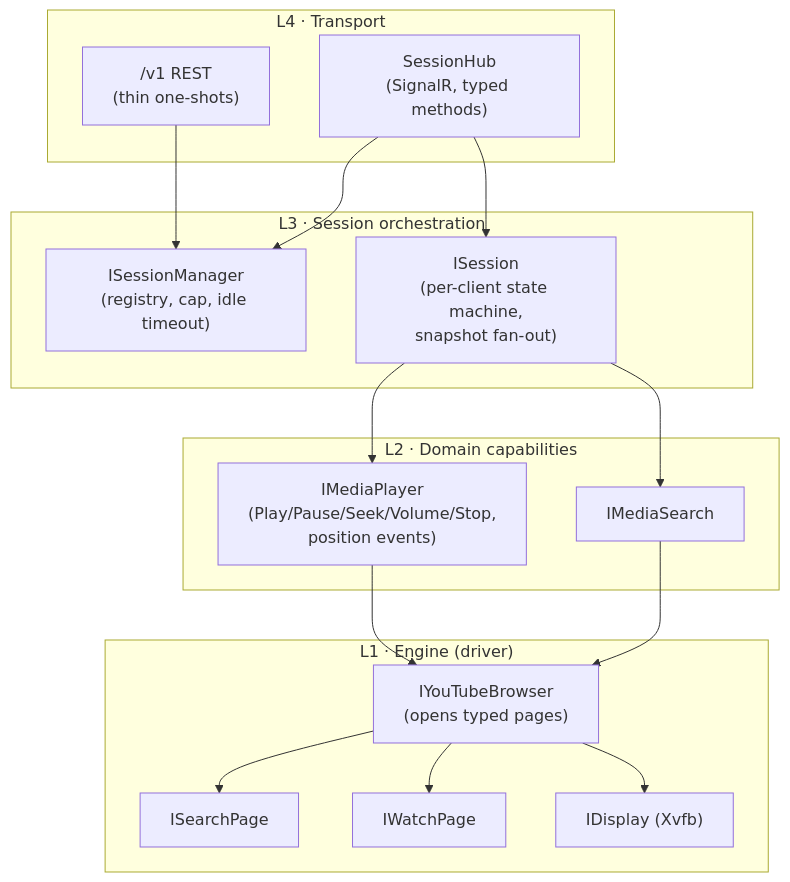
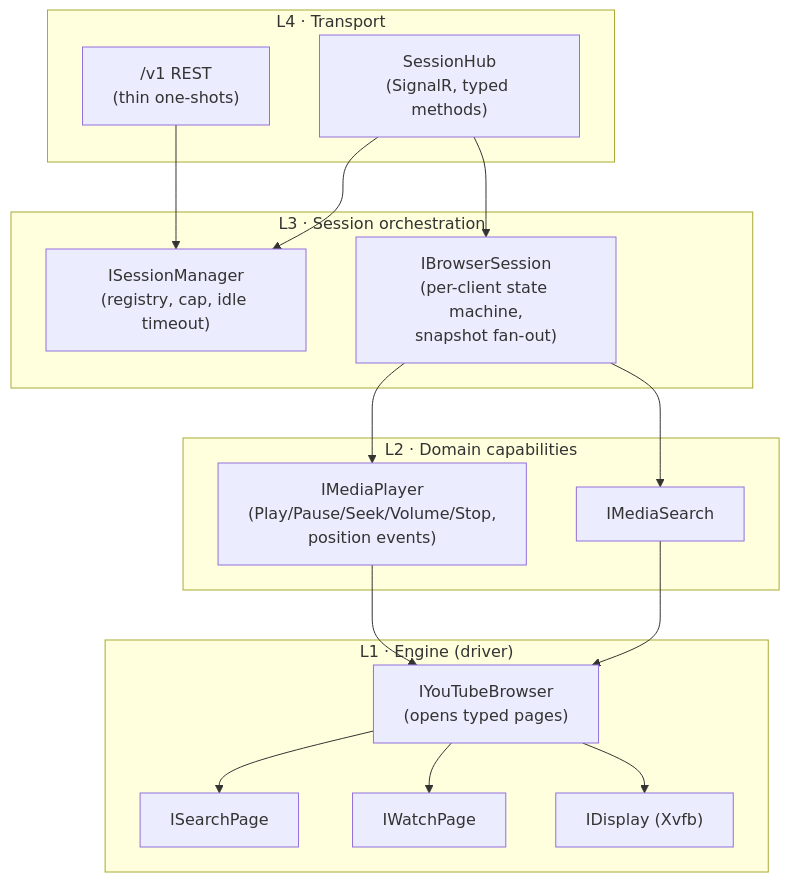
The first of 7 diagrams in doc/server-design.md (Yeti47/BluKube), drawn with Mermaid before and after one commit. The commit also changed other lines of this file and 17 other files, not shown here.

````diff
--- a/doc/server-design.md
+++ b/doc/server-design.md
@@ -18,32 +18,32 @@
 ```mermaid
 flowchart TB
     subgraph L4["L4 · Transport"]
         Hub["SessionHub<br/>(SignalR, typed methods)"]
         Rest["/v1 REST<br/>(thin one-shots)"]
     end
     subgraph L3["L3 · Session orchestration"]
         SM["ISessionManager<br/>(registry, cap, idle timeout)"]
-        Sess["ISession<br/>(per-client state machine,<br/>snapshot fan-out)"]
+        Sess["IBrowserSession<br/>(per-client state machine,<br/>snapshot fan-out)"]
     end
     subgraph L2["L2 · Domain capabilities"]
         Search["IMediaSearch"]
         Player["IMediaPlayer<br/>(Play/Pause/Seek/Volume/Stop,<br/>position events)"]
     end
     subgraph L1["L1 · Engine (driver)"]
         Browser["IYouTubeBrowser<br/>(opens typed pages)"]
         SearchPage["ISearchPage"]
         WatchPage["IWatchPage"]
         Display["IDisplay (Xvfb)"]
     end
 
     Hub --> SM
     Hub --> Sess
     Rest --> SM
     Sess --> Search
     Sess --> Player
     Search --> Browser
     Player --> Browser
     Browser --> SearchPage
     Browser --> WatchPage
     Browser --> Display
 ```
````
